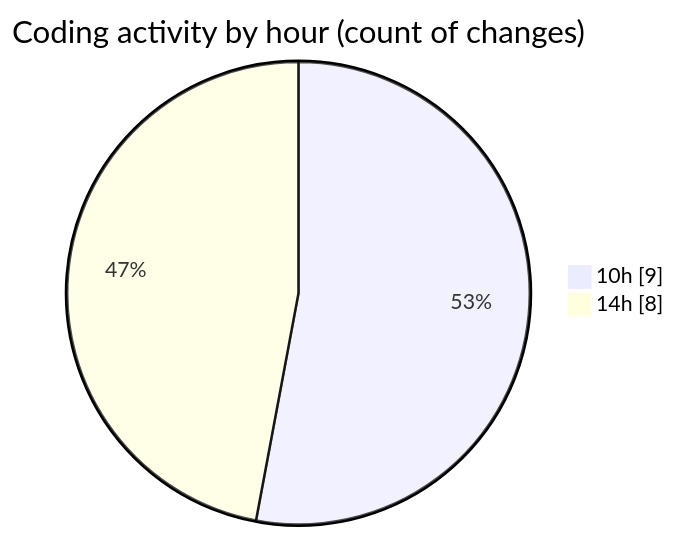
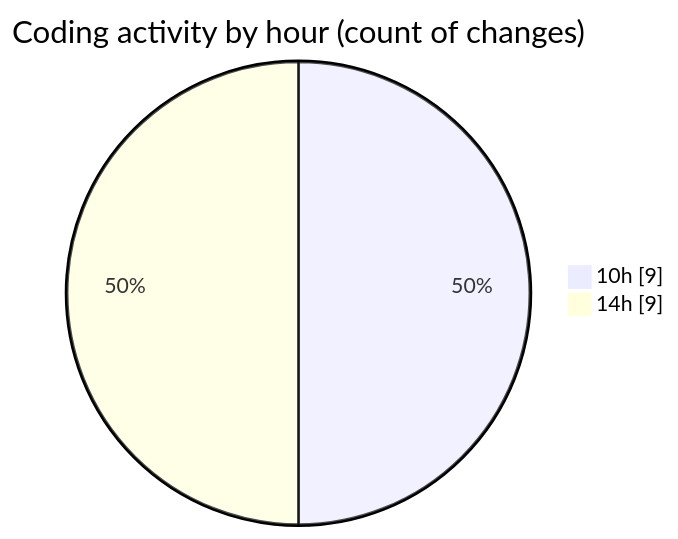
The second of 2 diagrams in 2026-02-26/nxtqube_webapp/README.md (nxtqubesakshisongat/code-tracking), drawn with Mermaid before and after one commit. The commit also changed other lines of this file and 1 other file, not shown here.

````diff
--- a/2026-02-26/nxtqube_webapp/README.md
+++ b/2026-02-26/nxtqube_webapp/README.md
@@ -38,6 +39,6 @@
 ```mermaid
 pie showData
 title Coding activity by hour (count of changes)
 "10h" : 9
-"14h" : 8
+"14h" : 9
 ```
````
